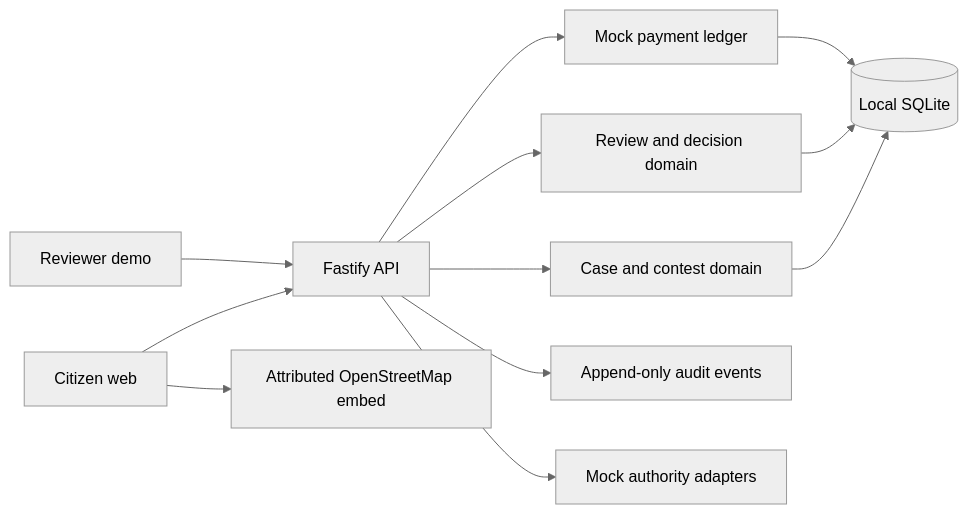
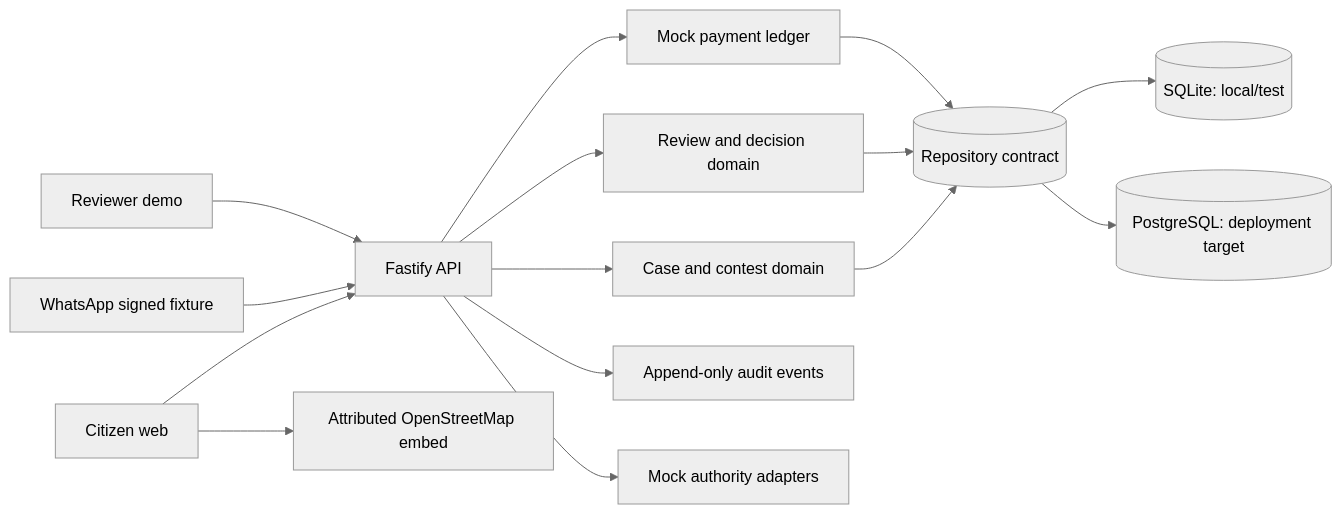
The diagram in README.md (shrimaanshreyash/Challan_Nyay), drawn with Mermaid (neutral theme) before and after one commit. The commit also changed other lines of this file and 61 other files, not shown here.

````diff
--- a/README.md
+++ b/README.md
@@ -63,14 +61,17 @@
 ```mermaid
 flowchart LR
     Citizen[Citizen web] --> API[Fastify API]
+    WhatsApp[WhatsApp signed fixture] --> API
     Reviewer[Reviewer demo] --> API
     API --> Case[Case and contest domain]
     API --> Review[Review and decision domain]
     API --> Payment[Mock payment ledger]
-    Case --> DB[(Local SQLite)]
+    Case --> DB[(Repository contract)]
     Review --> DB
     Payment --> DB
+    DB --> Local[(SQLite: local/test)]
+    DB --> Production[(PostgreSQL: deployment target)]
     API --> Audit[Append-only audit events]
     API --> Adapters[Mock authority adapters]
     Citizen --> Map[Attributed OpenStreetMap embed]
 ```
````
